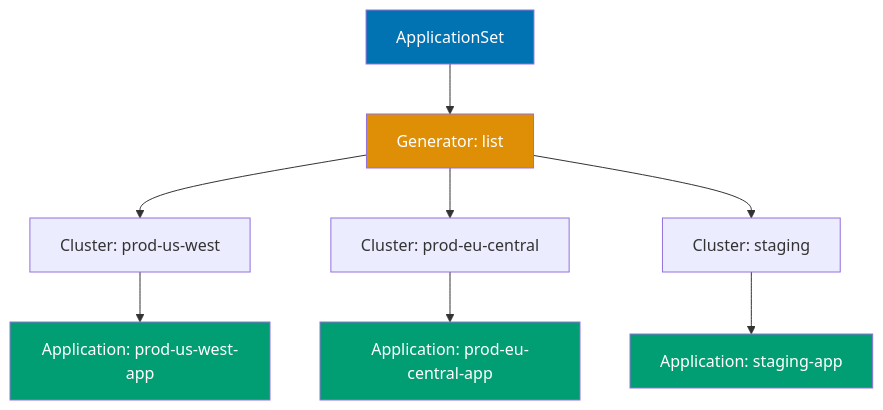
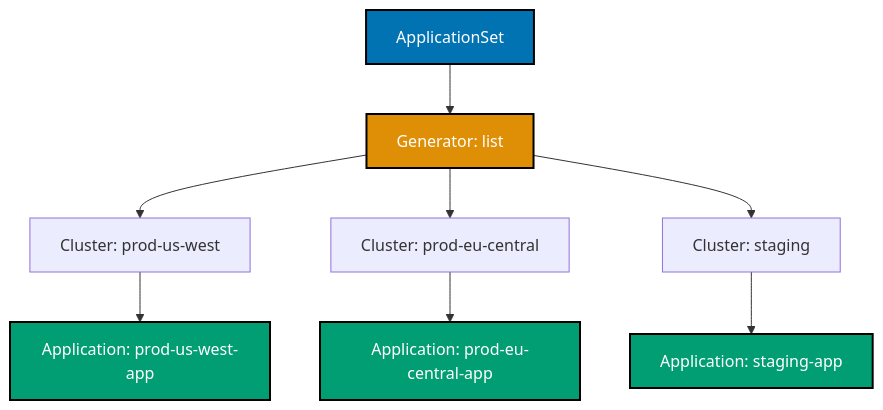
One commit to wahidyankf/open-sharia-enterprise changed diagram 13 of 14 in apps/ayokoding-web/content/en/learn/software-engineering/infrastructure/tools/kubernetes/by-example/advanced.md. Above: the diagram before and after it, drawn with Mermaid. The commit also changed other lines of this file and 25 other files, not shown here.

````diff
--- a/apps/ayokoding-web/content/en/learn/software-engineering/infrastructure/tools/kubernetes/by-example/advanced.md
+++ b/apps/ayokoding-web/content/en/learn/software-engineering/infrastructure/tools/kubernetes/by-example/advanced.md
@@ -3335,17 +3347,18 @@
 ```mermaid
+%% Color Palette: Blue #0173B2, Orange #DE8F05, Teal #029E73, Purple #CC78BC, Brown #CA9161
 %% ApplicationSet multi-cluster deployment
 graph TD
  A[ApplicationSet] --> B[Generator: list]
  B --> C[Cluster: prod-us-west]
  B --> D[Cluster: prod-eu-central]
  B --> E[Cluster: staging]
  C --> F[Application: prod-us-west-app]
  D --> G[Application: prod-eu-central-app]
  E --> H[Application: staging-app]
 
- style A fill:#0173B2,color:#fff
- style B fill:#DE8F05,color:#fff
- style F fill:#029E73,color:#fff
- style G fill:#029E73,color:#fff
- style H fill:#029E73,color:#fff
+ style A fill:#0173B2,stroke:#000000,stroke-width:2px,color:#fff
+ style B fill:#DE8F05,stroke:#000000,stroke-width:2px,color:#fff
+ style F fill:#029E73,stroke:#000000,stroke-width:2px,color:#fff
+ style G fill:#029E73,stroke:#000000,stroke-width:2px,color:#fff
+ style H fill:#029E73,stroke:#000000,stroke-width:2px,color:#fff
 ```
````
